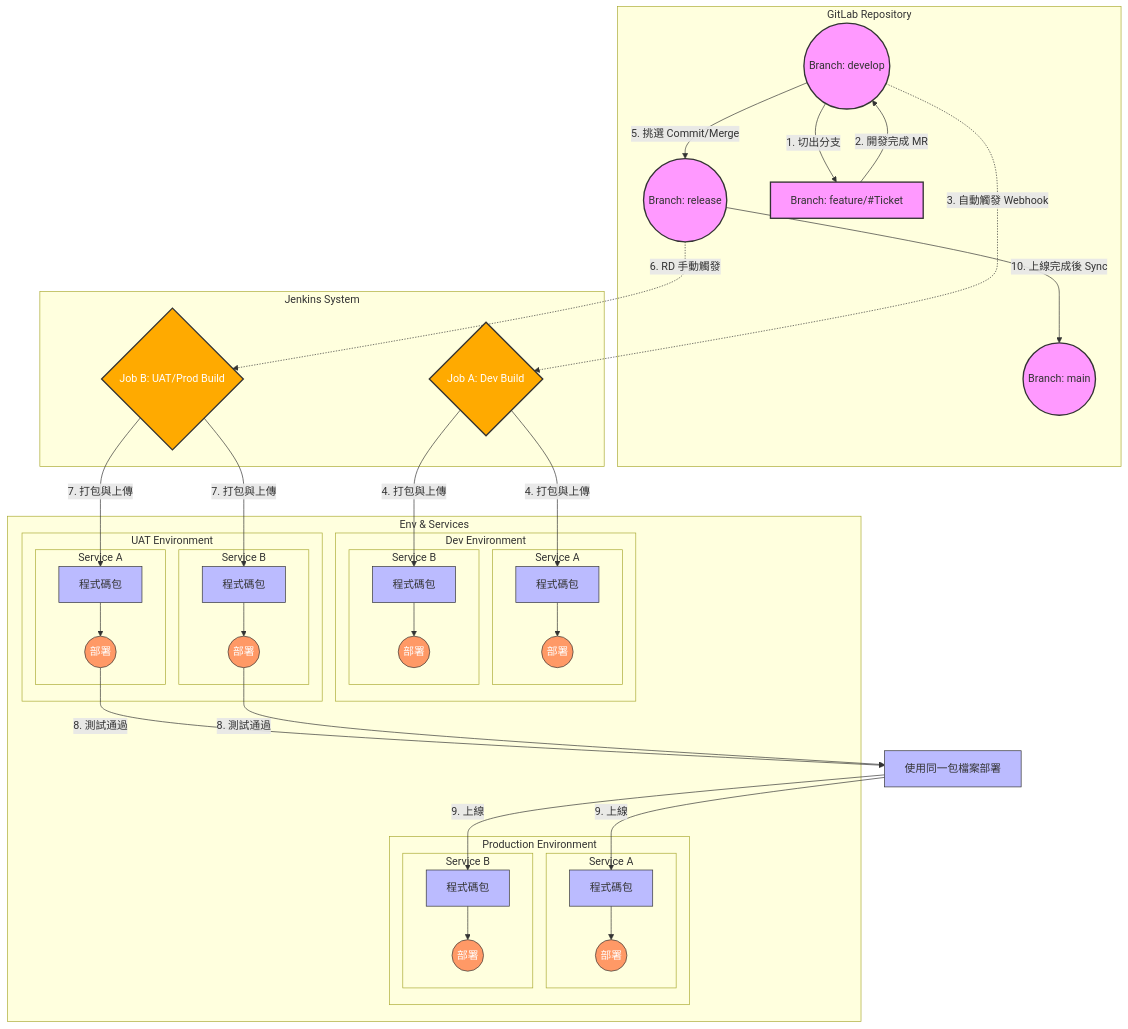
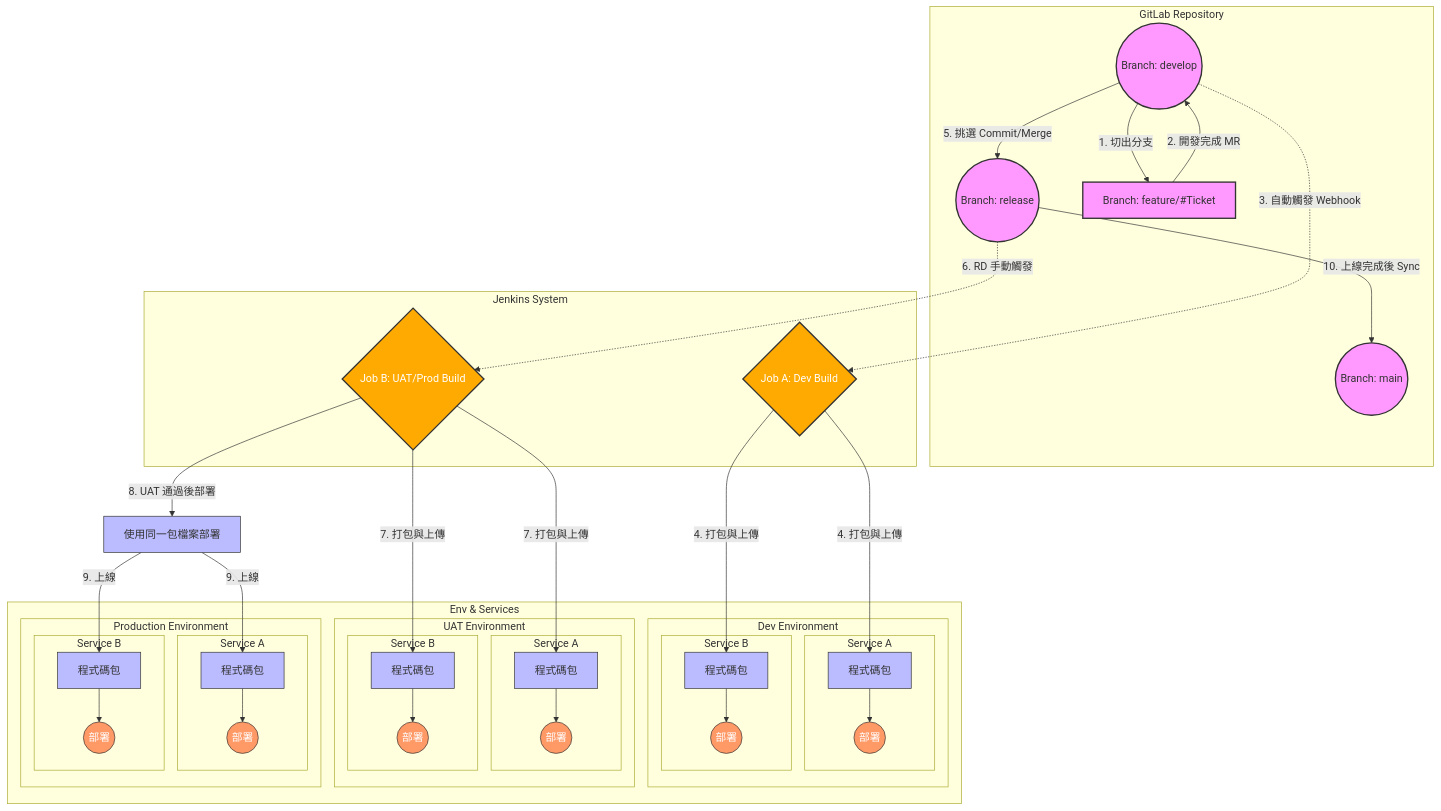
One commit to almightyken0425/KnowledgeVault changed the second of 2 diagrams in SIT/ReleaseWorkFlow.md. Above: the diagram before and after it, drawn with Mermaid.

````diff
--- a/SIT/ReleaseWorkFlow.md
+++ b/SIT/ReleaseWorkFlow.md
@@ -47,79 +47,79 @@
 ```mermaid
 graph TD
     %% 定義樣式
     classDef branch fill:#f9f,stroke:#333,stroke-width:2px;
     classDef action fill:#bbf,stroke:#333,stroke-width:1px;
     classDef server fill:#dfd,stroke:#333,stroke-width:1px;
     classDef jenkins fill:#fa0,stroke:#333,stroke-width:2px,color:white;
     classDef deployAction fill:#f96,stroke:#333,stroke-width:1px,color:white;
 
     %% 節點定義
     subgraph Git_Repo [GitLab Repository]
         Main((Branch: main)):::branch
         Release((Branch: release)):::branch
         Develop((Branch: develop)):::branch
         Feature[Branch: feature/#Ticket]:::branch
     end
 
     subgraph CI_CD [Jenkins System]
         JobA{Job A: Dev Build}:::jenkins
         JobB{Job B: UAT/Prod Build}:::jenkins
     end
 
     subgraph Environments [Env & Services]
         subgraph DevEnv [Dev Environment]
             subgraph DevServiceA [Service A]
                 DevPkgA[程式碼包]:::action
                 DevDeployA((部署)):::deployAction
                 DevPkgA --> DevDeployA
             end
             subgraph DevServiceB [Service B]
                 DevPkgB[程式碼包]:::action
                 DevDeployB((部署)):::deployAction
                 DevPkgB --> DevDeployB
             end
         end
         subgraph UATEnv [UAT Environment]
             subgraph UATServiceA [Service A]
                 UATPkgA[程式碼包]:::action
                 UATDeployA((部署)):::deployAction
                 UATPkgA --> UATDeployA
             end
             subgraph UATServiceB [Service B]
                 UATPkgB[程式碼包]:::action
                 UATDeployB((部署)):::deployAction
                 UATPkgB --> UATDeployB
             end
         end
         subgraph ProdEnv [Production Environment]
             subgraph ProdServiceA [Service A]
                 ProdPkgA[程式碼包]:::action
                 ProdDeployA((部署)):::deployAction
                 ProdPkgA --> ProdDeployA
             end
             subgraph ProdServiceB [Service B]
                 ProdPkgB[程式碼包]:::action
                 ProdDeployB((部署)):::deployAction
                 ProdPkgB --> ProdDeployB
             end
         end
     end
 
     %% 流程線
     Develop -->|1. 切出分支| Feature
     Feature -->|2. 開發完成 MR| Develop
 
     Develop -.->|3. 自動觸發 Webhook| JobA
     JobA -->|4. 打包與上傳| DevPkgA & DevPkgB
 
     Develop -->|5. 挑選 Commit/Merge| Release
     Release -.->|6. RD 手動觸發| JobB
 
     JobB -->|7. 打包與上傳| UATPkgA & UATPkgB
     
-    UATDeployA & UATDeployB -->|8. 測試通過| ProdDeploy[使用同一包檔案部署]:::action
+    JobB -->|8. UAT 通過後部署| ProdDeploy[使用同一包檔案部署]:::action
     
     ProdDeploy -->|9. 上線| ProdPkgA & ProdPkgB
 
     Release -->|10. 上線完成後 Sync| Main
 ```
````
